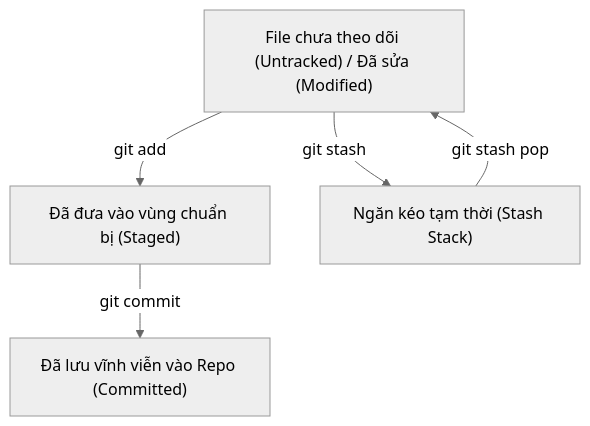
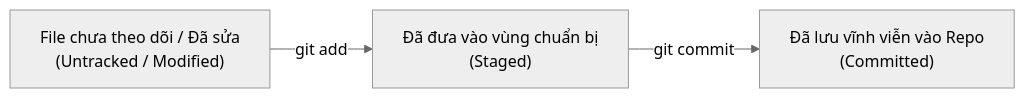
One commit to XuanQuang1301/Training-IT changed the sixth of 8 diagrams in Git/README.md. Above: the diagram before and after it, drawn with Mermaid (neutral theme). The commit also changed other lines of this file and 1 other file, not shown here.

Commit message:
feat: add README and docs files for Git training module

````diff
--- a/Git/README.md
+++ b/Git/README.md
@@ -269,7 +273,5 @@
 ```mermaid
-flowchart TD
-    A["File chưa theo dõi (Untracked) / Đã sửa (Modified)"] -->|git add| B["Đã đưa vào vùng chuẩn bị (Staged)"]
-    B -->|git commit| C["Đã lưu vĩnh viễn vào Repo (Committed)"]
-    A -->|git stash| D["Ngăn kéo tạm thời (Stash Stack)"]
-    D -->|git stash pop| A
+flowchart LR
+    A["File chưa theo dõi / Đã sửa<br/>(Untracked / Modified)"] -->|git add| B["Đã đưa vào vùng chuẩn bị<br/>(Staged)"]
+    B -->|git commit| C["Đã lưu vĩnh viễn vào Repo<br/>(Committed)"]
 ```
````
